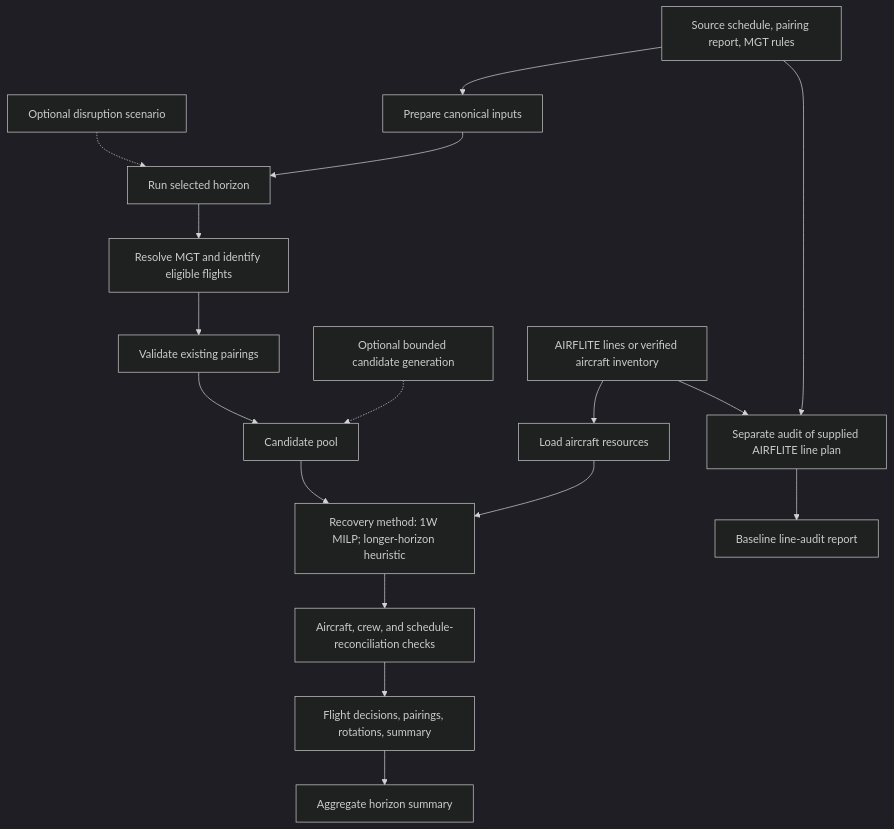
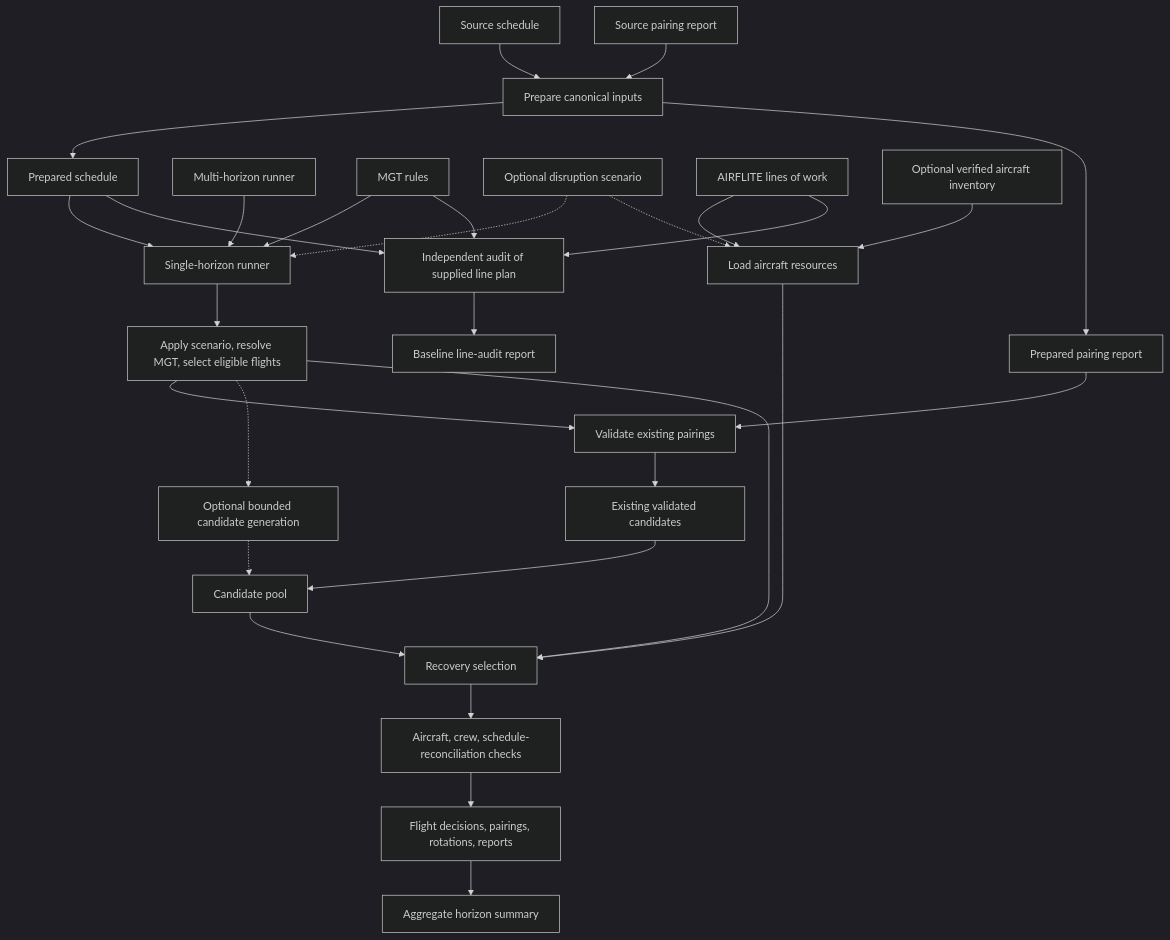
Before and after one commit to anjelli/Aircraft-Crew-Recovery: the diagram in docs/CODEBASE_MAP.md, drawn with Mermaid (dark theme). The commit also changed other lines of this file, not shown here.

Commit message:
Correct active pipeline architecture diagram

````diff
--- a/docs/CODEBASE_MAP.md
+++ b/docs/CODEBASE_MAP.md
@@ -17,20 +17,35 @@
 ```mermaid
 flowchart TD
-    INPUTS["Source schedule, pairing report, MGT rules"] --> PREP["Prepare canonical inputs"]
-    PREP --> RUN["Run selected horizon"]
+    SRC_SCH["Source schedule"] --> PREP["Prepare canonical inputs"]
+    SRC_REP["Source pairing report"] --> PREP
+    PREP --> SCH["Prepared schedule"]
+    PREP --> REP["Prepared pairing report"]
+
+    HORIZONS["Multi-horizon runner"] --> RUN["Single-horizon runner"]
+    SCH --> RUN
+    MGT["MGT rules"] --> RUN
     SCENARIO["Optional disruption scenario"] -.-> RUN
-    LINES["AIRFLITE lines or verified aircraft inventory"] --> RESOURCES["Load aircraft resources"]
-    RUN --> MGT["Resolve MGT and identify eligible flights"]
-    MGT --> EXISTING["Validate existing pairings"]
-    CANDIDATES["Optional bounded candidate generation"] -.-> POOL["Candidate pool"]
-    EXISTING --> POOL
-    RESOURCES --> SOLVE["Recovery method: 1W MILP; longer-horizon heuristic"]
+
+    RUN --> ACTIVE["Apply scenario, resolve MGT, select eligible flights"]
+    ACTIVE --> PAIR_CHECK["Validate existing pairings"]
+    REP --> PAIR_CHECK
+    PAIR_CHECK --> EXISTING["Existing validated candidates"]
+    ACTIVE -.-> PRICER["Optional bounded candidate generation"]
+    EXISTING --> POOL["Candidate pool"]
+    PRICER -.-> POOL
+
+    LINES["AIRFLITE lines of work"] --> RESOURCES["Load aircraft resources"]
+    INVENTORY["Optional verified aircraft inventory"] --> RESOURCES
+    SCENARIO -.-> RESOURCES
+    ACTIVE --> SOLVE["Recovery selection"]
     POOL --> SOLVE
-    SOLVE --> CHECKS["Aircraft, crew, and schedule-reconciliation checks"]
-    CHECKS --> OUTPUTS["Flight decisions, pairings, rotations, summary"]
+    RESOURCES --> SOLVE
+    SOLVE --> CHECKS["Aircraft, crew, schedule-reconciliation checks"]
+    CHECKS --> OUTPUTS["Flight decisions, pairings, rotations, reports"]
     OUTPUTS --> AGG["Aggregate horizon summary"]
 
-    INPUTS --> AUDIT["Separate audit of supplied AIRFLITE line plan"]
+    SCH --> AUDIT["Independent audit of supplied line plan"]
+    MGT --> AUDIT
     LINES --> AUDIT
     AUDIT --> AUDIT_RESULT["Baseline line-audit report"]
 ```
````
